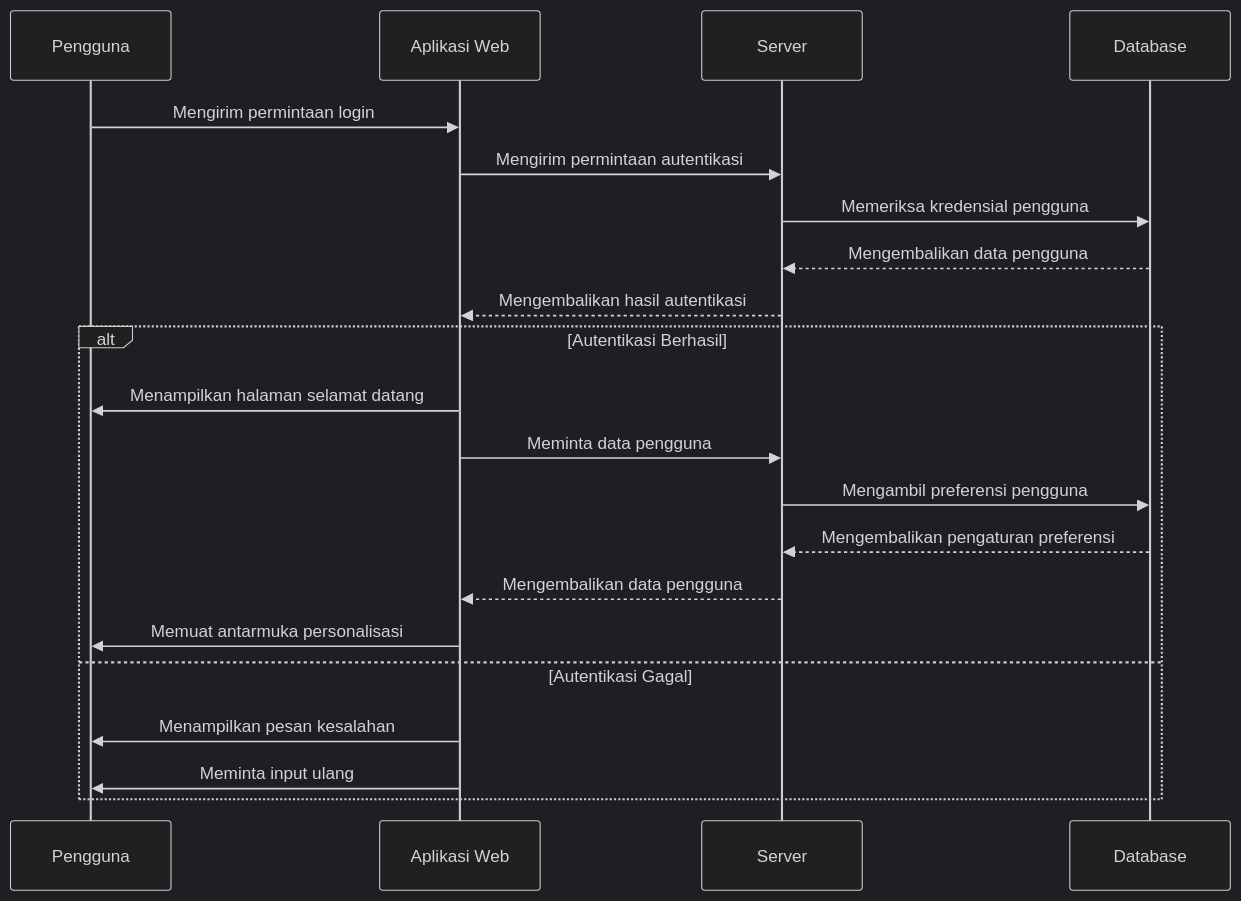
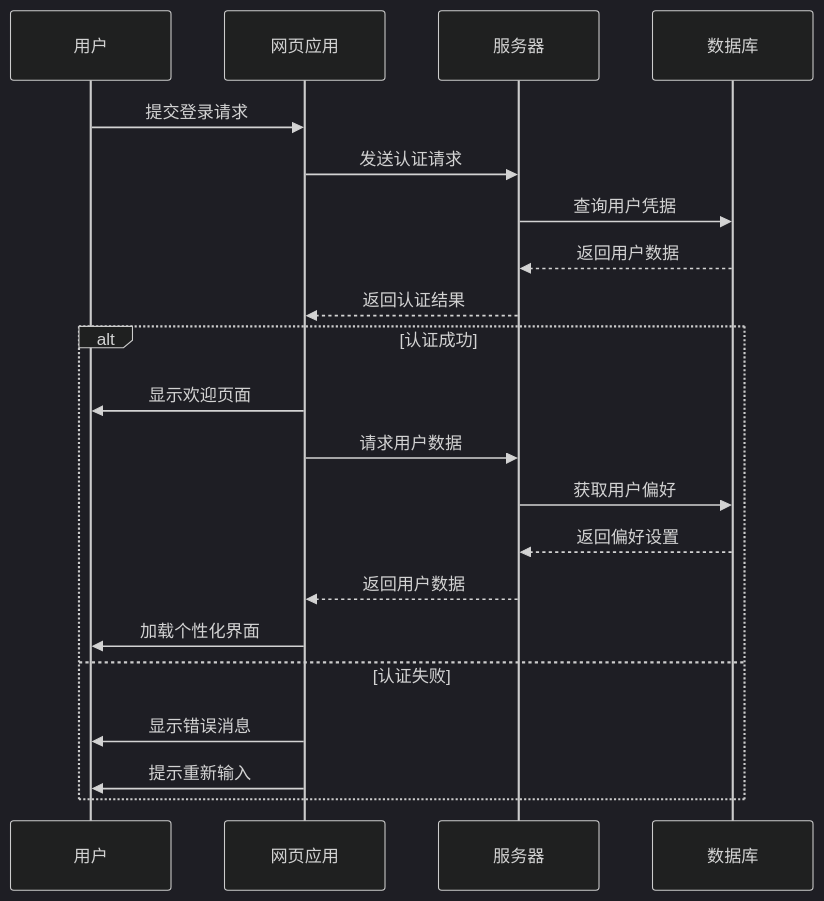
Before and after one commit to abqoryme/LightKira: the second of 14 diagrams in src/content/posts/markdown-mermaid.md, drawn with Mermaid (dark theme). The commit also changed other lines of this file and 516 other files, not shown here.

````diff
--- a/src/content/posts/markdown-mermaid.md
+++ b/src/content/posts/markdown-mermaid.md
@@ -43,26 +49,25 @@
 ```mermaid
 sequenceDiagram
-    participant User as Pengguna
-    participant WebApp as Aplikasi Web
-    participant Server as Server
-    participant Database as Database
+    participant User as 用户
+    participant WebApp as 网页应用
+    participant Server as 服务器
+    participant Database as 数据库
 
-    User->>WebApp: Mengirim permintaan login
-    WebApp->>Server: Mengirim permintaan autentikasi
-    Server->>Database: Memeriksa kredensial pengguna
-    Database-->>Server: Mengembalikan data pengguna
-    Server-->>WebApp: Mengembalikan hasil autentikasi
+    User->>WebApp: 提交登录请求
+    WebApp->>Server: 发送认证请求
+    Server->>Database: 查询用户凭据
+    Database-->>Server: 返回用户数据
+    Server-->>WebApp: 返回认证结果
     
-    alt Autentikasi Berhasil
-        WebApp->>User: Menampilkan halaman selamat datang
-        WebApp->>Server: Meminta data pengguna
-        Server->>Database: Mengambil preferensi pengguna
-        Database-->>Server: Mengembalikan pengaturan preferensi
-        Server-->>WebApp: Mengembalikan data pengguna
-        WebApp->>User: Memuat antarmuka personalisasi
-    else Autentikasi Gagal
-        WebApp->>User: Menampilkan pesan kesalahan
-        WebApp->>User: Meminta input ulang
+    alt 认证成功
+        WebApp->>User: 显示欢迎页面
+        WebApp->>Server: 请求用户数据
+        Server->>Database: 获取用户偏好
+        Database-->>Server: 返回偏好设置
+        Server-->>WebApp: 返回用户数据
+        WebApp->>User: 加载个性化界面
+    else 认证失败
+        WebApp->>User: 显示错误消息
+        WebApp->>User: 提示重新输入
     end
-
 ```
````
